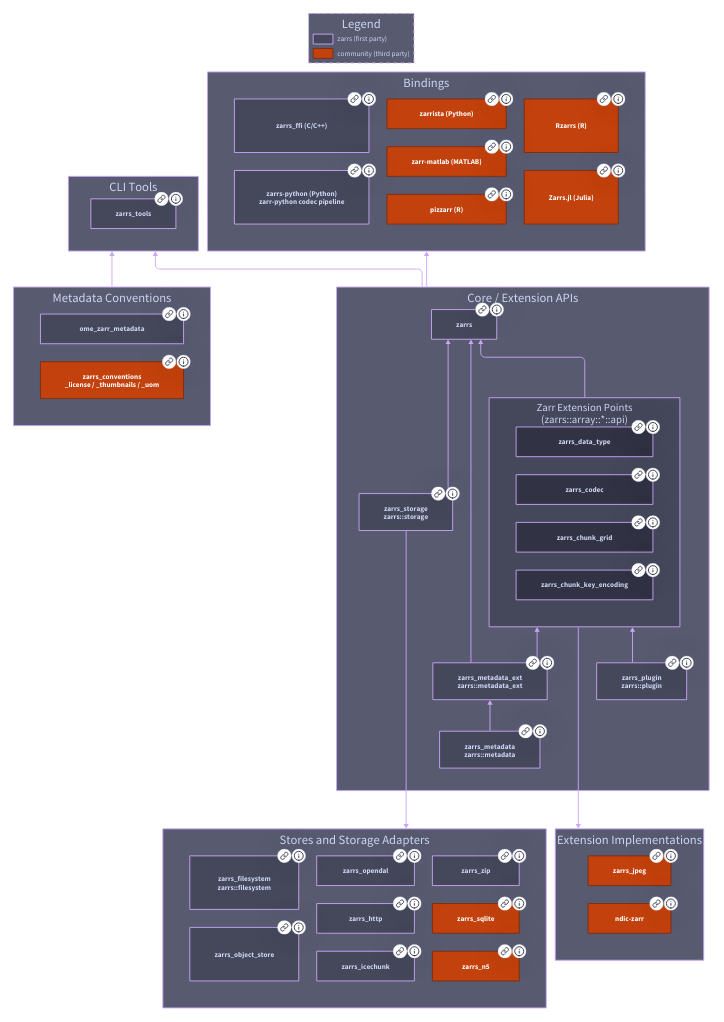
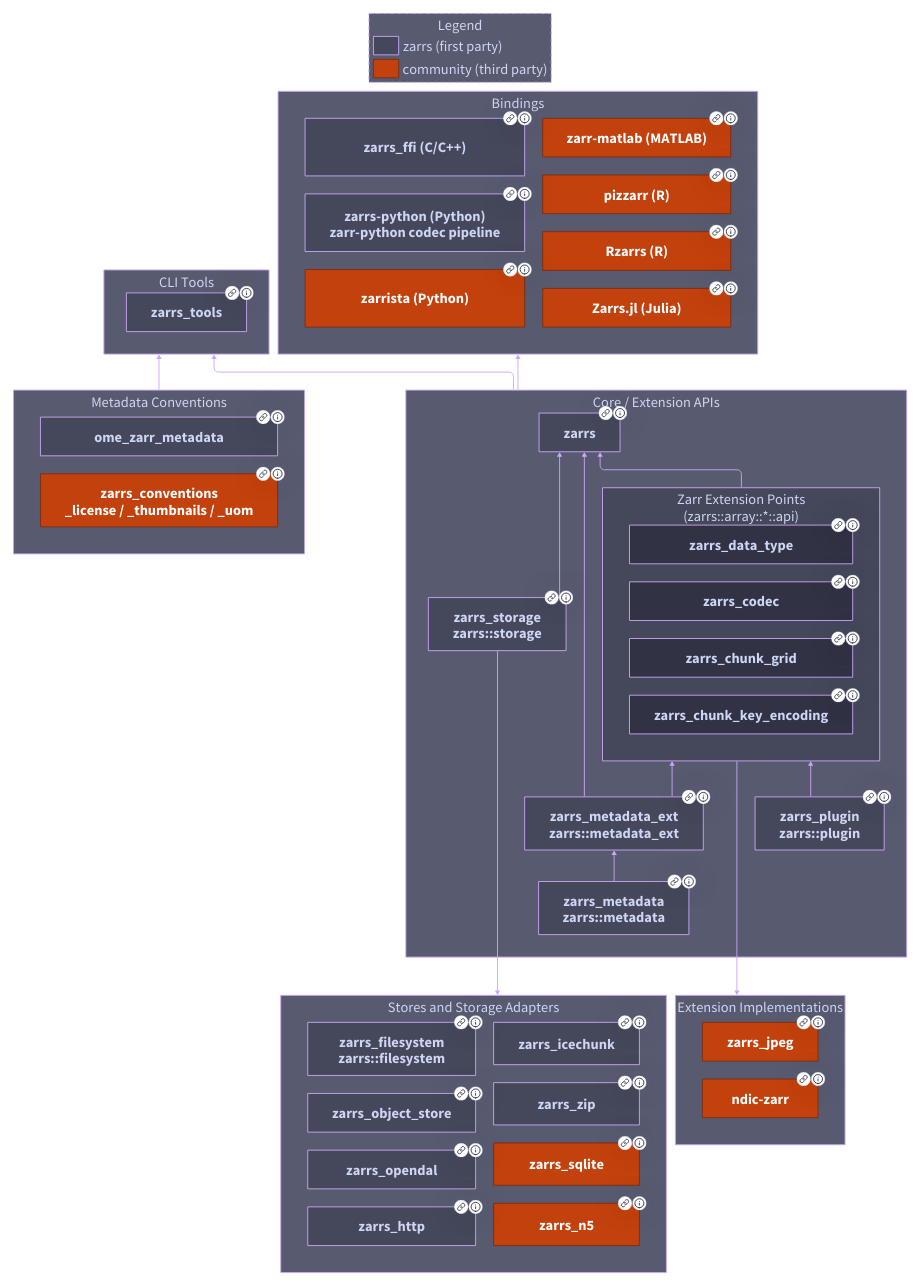
Before and after one commit to zarrs/zarrs_book: the diagram in src/crates.d2, drawn with D2. The commit also changed 1 other file, not shown here.

Commit message:
fix: improve ecosystem diagram layout

```diff
--- a/src/crates.d2
+++ b/src/crates.d2
@@ -3,8 +3,12 @@
     layout-engine: elk
     theme-id: 200
     # theme-id: 300
+    pad: 10
   }
 }
+
+*.style.font-size: 32
+*.**.style.font-size: 32
 
 style: {
   fill: transparent
@@ -69,7 +73,7 @@
 
 stores: Stores and Storage Adapters {
   direction: right
-  grid-columns: 3
+  grid-columns: 2
   zarrs_filesystem: zarrs_filesystem\nzarrs::filesystem {
     link: https://github.com/zarrs/zarrs/tree/main/zarrs_filesystem
     tooltip: A filesystem store (re-exported as `zarrs::filesystem`).
@@ -155,7 +159,7 @@
 }
 
 Bindings: {
-  grid-columns: 3
+  grid-columns: 2
   zarrs_ffi: zarrs_ffi (C/C++) {
     link: https://github.com/zarrs/zarrs_ffi
     tooltip: A subset of `zarrs` exposed as a C/C++ API.
@@ -215,13 +219,13 @@
   # d2 grids fill column-major, so both swatches are declared before both labels
   # in order to pair them up by row.
   sw_first: "" {
-    width: 44
-    height: 22
+    width: 56
+    height: 30
   }
   sw_community: "" {
     class: community
-    width: 44
-    height: 22
+    width: 56
+    height: 30
   }
   txt_first: zarrs (first party) {
     shape: text
```
